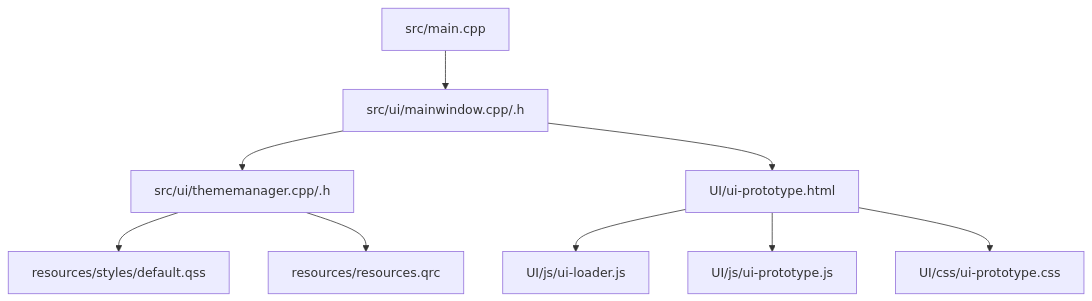
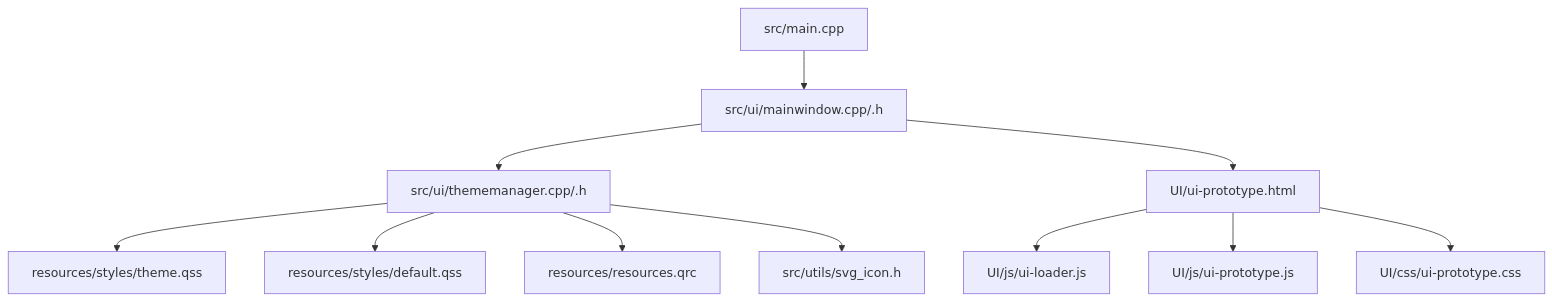
Before and after one commit to jakecai1225-design/OpenBus: the first of 6 diagrams in .qoder/repowiki/zh/content/样式系统/主题管理系统.md, drawn with Mermaid. The commit also changed other lines of this file and 40 other files, not shown here.

````diff
--- a/.qoder/repowiki/zh/content/样式系统/主题管理系统.md
+++ b/.qoder/repowiki/zh/content/样式系统/主题管理系统.md
@@ -42,11 +54,13 @@
 ```mermaid
 graph TB
 A["src/main.cpp"] --> B["src/ui/mainwindow.cpp/.h"]
 B --> C["src/ui/thememanager.cpp/.h"]
-C --> D["resources/styles/default.qss"]
-C --> E["resources/resources.qrc"]
-B --> F["UI/ui-prototype.html"]
-F --> G["UI/js/ui-loader.js"]
-F --> H["UI/js/ui-prototype.js"]
-F --> I["UI/css/ui-prototype.css"]
+C --> D["resources/styles/theme.qss"]
+C --> E["resources/styles/default.qss"]
+C --> F["resources/resources.qrc"]
+B --> G["UI/ui-prototype.html"]
+G --> H["UI/js/ui-loader.js"]
+G --> I["UI/js/ui-prototype.js"]
+G --> J["UI/css/ui-prototype.css"]
+C --> K["src/utils/svg_icon.h"]
 ```
````
